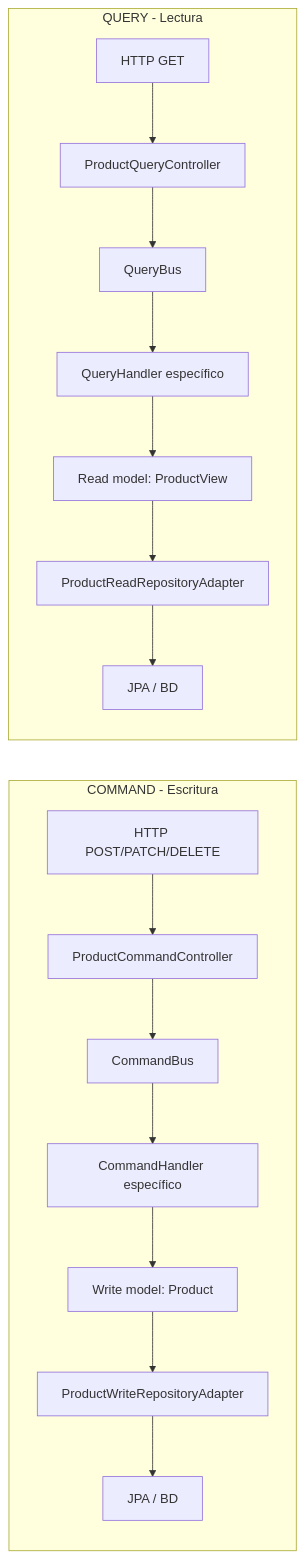
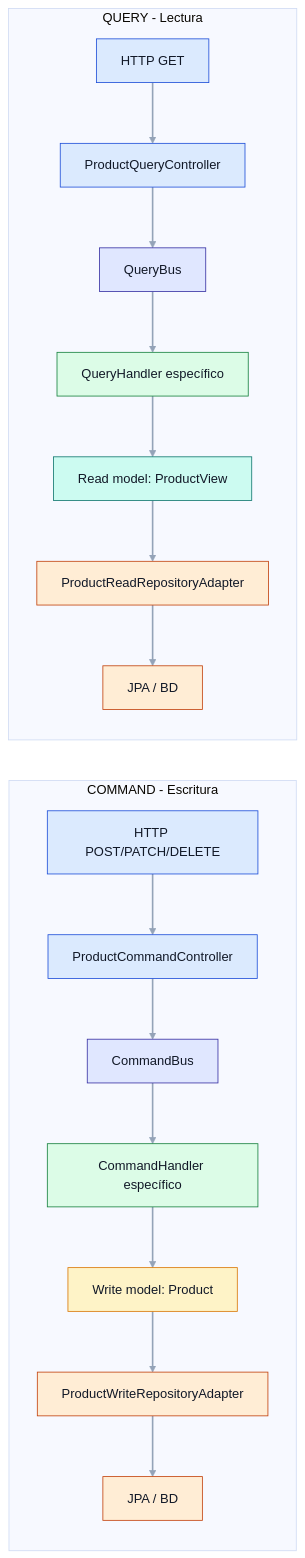
One commit to VirtualCave/modern-architecture-patterns changed the second of 7 diagrams in README.md. Above: the diagram before and after it, drawn with Mermaid. The commit also changed other lines of this file and 4 other files, not shown here.

````diff
--- a/README.md
+++ b/README.md
@@ -153,20 +178,37 @@
 ```mermaid
+%%{init: {'theme':'base','themeVariables': {'background':'transparent','primaryTextColor':'#111827','lineColor':'#94A3B8'}}}%%
 flowchart LR
     subgraph COMMAND[COMMAND - Escritura]
         C1[HTTP POST/PATCH/DELETE] --> C2[ProductCommandController]
         C2 --> C3[CommandBus]
         C3 --> C4[CommandHandler específico]
         C4 --> C5[Write model: Product]
         C5 --> C6[ProductWriteRepositoryAdapter]
         C6 --> C7[JPA / BD]
     end
 
     subgraph QUERY[QUERY - Lectura]
         Q1[HTTP GET] --> Q2[ProductQueryController]
         Q2 --> Q3[QueryBus]
         Q3 --> Q4[QueryHandler específico]
         Q4 --> Q5[Read model: ProductView]
         Q5 --> Q6[ProductReadRepositoryAdapter]
         Q6 --> Q7[JPA / BD]
     end
+
+    linkStyle default stroke:#94A3B8,stroke-width:2px;
+
+    classDef entry fill:#DBEAFE,stroke:#1D4ED8,stroke-width:1px,color:#111827;
+    classDef bus fill:#E0E7FF,stroke:#3730A3,stroke-width:1px,color:#111827;
+    classDef app fill:#DCFCE7,stroke:#15803D,stroke-width:1px,color:#111827;
+    classDef domain fill:#FEF3C7,stroke:#D97706,stroke-width:1px,color:#111827;
+    classDef read fill:#CCFBF1,stroke:#0F766E,stroke-width:1px,color:#111827;
+    classDef infra fill:#FFEDD5,stroke:#C2410C,stroke-width:1px,color:#111827;
+
+    class C1,C2,Q1,Q2 entry;
+    class C3,Q3 bus;
+    class C4,Q4 app;
+    class C5 domain;
+    class Q5 read;
+    class C6,C7,Q6,Q7 infra;
 ```
````
